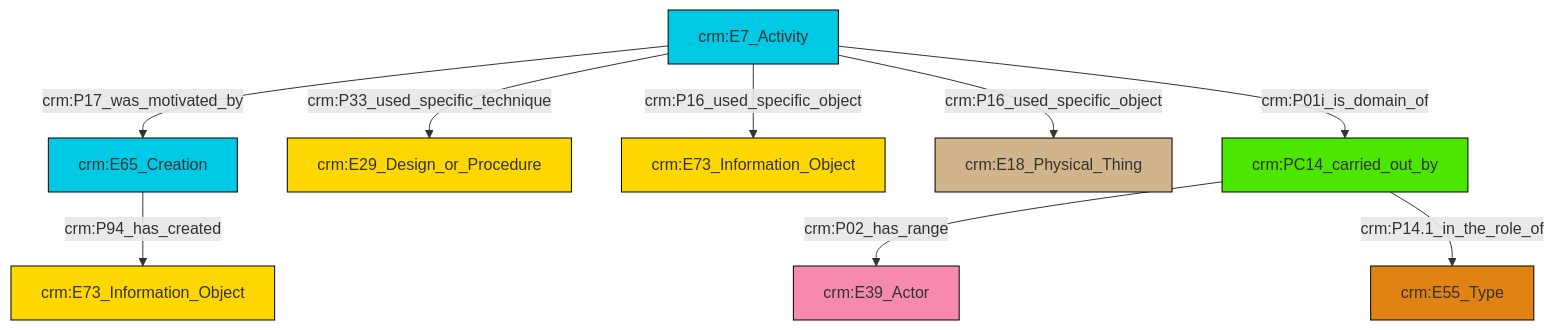
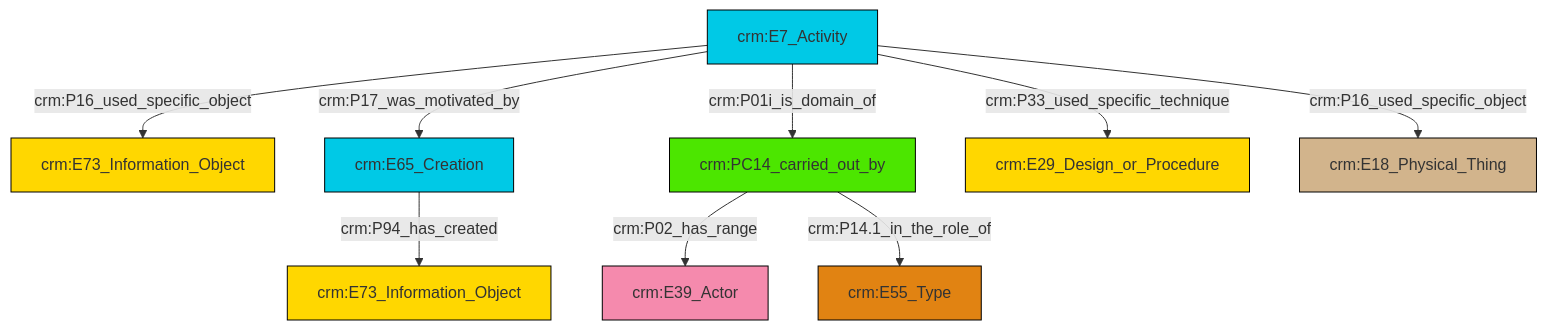
Before and after one commit to swiss-art-research-net/reference-data-models: the diagram in et/eventCSV/ttl/mmd/event_participation.ttl.mmd, drawn with Mermaid. The commit also changed 130 other files, not shown here.

```diff
--- a/et/eventCSV/ttl/mmd/event_participation.ttl.mmd
+++ b/et/eventCSV/ttl/mmd/event_participation.ttl.mmd
@@ -1,23 +1,23 @@
 graph TD
 classDef Literal fill:#f2f2f2,stroke:#000000;
 classDef CRM_Entity fill:#FFFFFF,stroke:#000000;
 classDef Temporal_Entity fill:#00C9E6, stroke:#000000;
 classDef Type fill:#E18312, stroke:#000000;
 classDef Time-Span fill:#2C9C91, stroke:#000000;
 classDef Appellation fill:#FFEB7F, stroke:#000000;
 classDef Place fill:#008836, stroke:#000000;
 classDef Persistent_Item fill:#B266B2, stroke:#000000;
 classDef Conceptual_Object fill:#FFD700, stroke:#000000;
 classDef Physical_Thing fill:#D2B48C, stroke:#000000;
 classDef Actor fill:#f58aad, stroke:#000000;
 classDef PC_Classes fill:#4ce600, stroke:#000000;
 classDef Multi fill:#cccccc,stroke:#000000;
 
-2["crm:E7_Activity"]:::Temporal_Entity -->|crm:P33_used_specific_technique| 3["crm:E29_Design_or_Procedure"]:::Conceptual_Object
-2["crm:E7_Activity"]:::Temporal_Entity -->|crm:P16_used_specific_object| 6["crm:E18_Physical_Thing"]:::Physical_Thing
-2["crm:E7_Activity"]:::Temporal_Entity -->|crm:P17_was_motivated_by| 7["crm:E65_Creation"]:::Temporal_Entity
-0["crm:PC14_carried_out_by"]:::PC_Classes -->|crm:P02_has_range| 10["crm:E39_Actor"]:::Actor
-0["crm:PC14_carried_out_by"]:::PC_Classes -->|crm:P14.1_in_the_role_of| 11["crm:E55_Type"]:::Type
-2["crm:E7_Activity"]:::Temporal_Entity -->|crm:P01i_is_domain_of| 0["crm:PC14_carried_out_by"]:::PC_Classes
-2["crm:E7_Activity"]:::Temporal_Entity -->|crm:P16_used_specific_object| 4["crm:E73_Information_Object"]:::Conceptual_Object
-7["crm:E65_Creation"]:::Temporal_Entity -->|crm:P94_has_created| 13["crm:E73_Information_Object"]:::Conceptual_Object
+0["crm:E7_Activity"]:::Temporal_Entity -->|crm:P16_used_specific_object| 1["crm:E73_Information_Object"]:::Conceptual_Object
+0["crm:E7_Activity"]:::Temporal_Entity -->|crm:P17_was_motivated_by| 2["crm:E65_Creation"]:::Temporal_Entity
+0["crm:E7_Activity"]:::Temporal_Entity -->|crm:P33_used_specific_technique| 8["crm:E29_Design_or_Procedure"]:::Conceptual_Object
+5["crm:PC14_carried_out_by"]:::PC_Classes -->|crm:P02_has_range| 3["crm:E39_Actor"]:::Actor
+0["crm:E7_Activity"]:::Temporal_Entity -->|crm:P01i_is_domain_of| 5["crm:PC14_carried_out_by"]:::PC_Classes
+2["crm:E65_Creation"]:::Temporal_Entity -->|crm:P94_has_created| 9["crm:E73_Information_Object"]:::Conceptual_Object
+5["crm:PC14_carried_out_by"]:::PC_Classes -->|crm:P14.1_in_the_role_of| 16["crm:E55_Type"]:::Type
+0["crm:E7_Activity"]:::Temporal_Entity -->|crm:P16_used_specific_object| 13["crm:E18_Physical_Thing"]:::Physical_Thing
```
